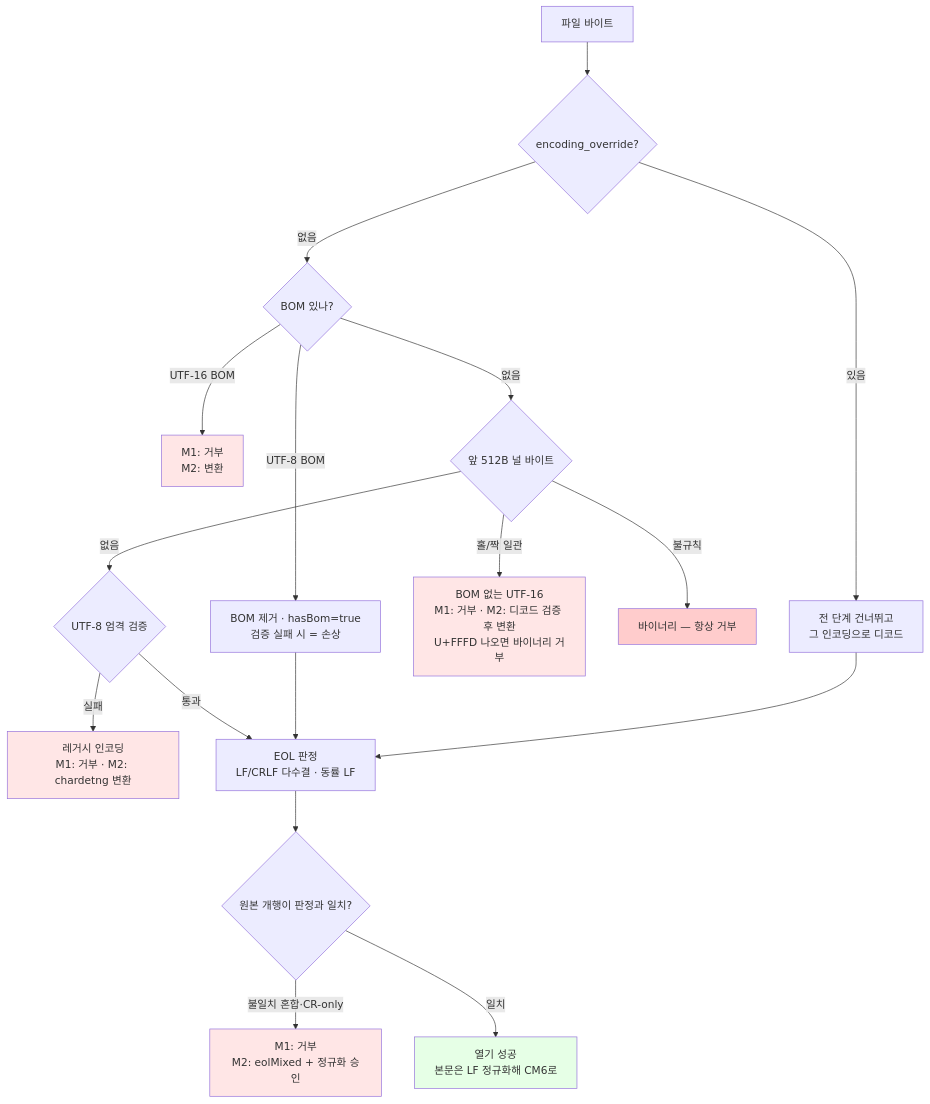
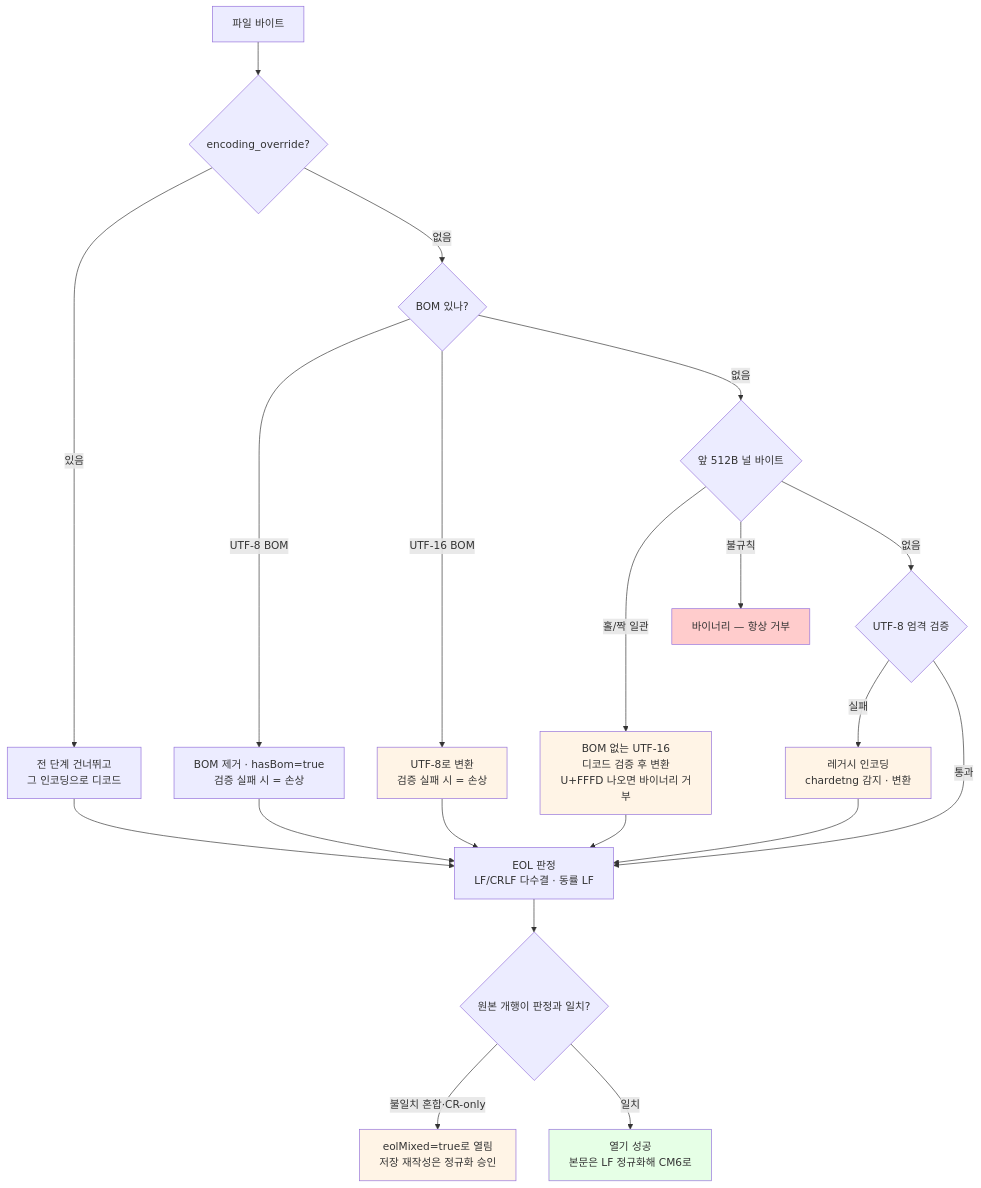
Before and after one commit to Bori-github/norii: the third of 3 diagrams in .claude/docs/file-lifecycle.md, drawn with Mermaid. The commit also changed other lines of this file and 1 other file, not shown here.

Commit message:
test(e2e): 파일 강건성 실전 시나리오 — 인코딩 승인·혼합 EOL·외부 변경·삭제 재생성
실제 앱(tauri-plugin-webdriver)에서 파일 강건성 흐름을 끝단까지 검증한다
(→ testing.md#위험-영역은-실제-앱으로-검증-핵심).

- EUC-KR 문서: 열기 → 배너 · 승인 전 원본 불변 → 승인+편집 → 자동 저장이 UTF-8 기록
- 혼합 EOL: 승인 후 자동 저장이 다수결(CRLF)로 통일
- 외부 변경: 편집 중 아닌 탭은 조용히 리로드(충돌 배너 없음) — watch 파이프라인 첫 연결 검증
- 외부 삭제: 배너 표시 → "저장해서 새로 생성"이 파일 재생성
- M1의 비UTF-8 거부 시나리오는 바이너리 거부로 교체(거부 경로 유지 확인)
- file-lifecycle.md 열기 파이프라인 그림의 단계 표기(M1 거부/M2 변환)를 현재형으로 정리

````diff
--- a/.claude/docs/file-lifecycle.md
+++ b/.claude/docs/file-lifecycle.md
@@ -130,26 +130,29 @@
 ```mermaid
 flowchart TD
     A[파일 바이트] --> B{encoding_override?}
     B -->|있음| B1[전 단계 건너뛰고<br/>그 인코딩으로 디코드]
     B -->|없음| C{BOM 있나?}
     C -->|UTF-8 BOM| C1[BOM 제거 · hasBom=true<br/>검증 실패 시 = 손상]
-    C -->|UTF-16 BOM| X1[M1: 거부<br/>M2: 변환]
+    C -->|UTF-16 BOM| X1[UTF-8로 변환<br/>검증 실패 시 = 손상]
     C -->|없음| D{앞 512B 널 바이트}
-    D -->|홀/짝 일관| X2[BOM 없는 UTF-16<br/>M1: 거부 · M2: 디코드 검증 후 변환<br/>U+FFFD 나오면 바이너리 거부]
+    D -->|홀/짝 일관| X2[BOM 없는 UTF-16<br/>디코드 검증 후 변환<br/>U+FFFD 나오면 바이너리 거부]
     D -->|불규칙| X3[바이너리 — 항상 거부]
     D -->|없음| E{UTF-8 엄격 검증}
-    E -->|실패| X4[레거시 인코딩<br/>M1: 거부 · M2: chardetng 변환]
+    E -->|실패| X4[레거시 인코딩<br/>chardetng 감지 · 변환]
     E -->|통과| F[EOL 판정<br/>LF/CRLF 다수결 · 동률 LF]
     C1 --> F
     B1 --> F
+    X1 --> F
+    X2 --> F
+    X4 --> F
     F --> G{원본 개행이 판정과 일치?}
-    G -->|불일치 혼합·CR-only| X5[M1: 거부<br/>M2: eolMixed + 정규화 승인]
+    G -->|불일치 혼합·CR-only| X5[eolMixed=true로 열림<br/>저장 재작성은 정규화 승인]
     G -->|일치| H[열기 성공<br/>본문은 LF 정규화해 CM6로]
 
-    style X1 fill:#ffe6e6
-    style X2 fill:#ffe6e6
+    style X1 fill:#fff4e6
+    style X2 fill:#fff4e6
     style X3 fill:#ffcccc
-    style X4 fill:#ffe6e6
-    style X5 fill:#ffe6e6
+    style X4 fill:#fff4e6
+    style X5 fill:#fff4e6
     style H fill:#e6ffe6
 ```
````
